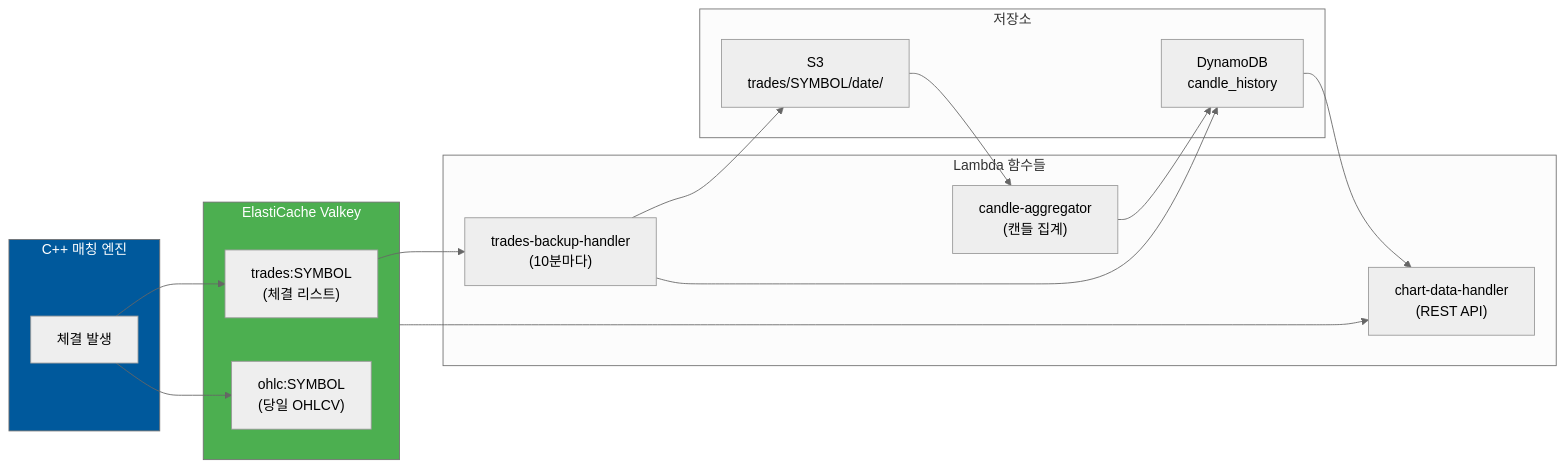
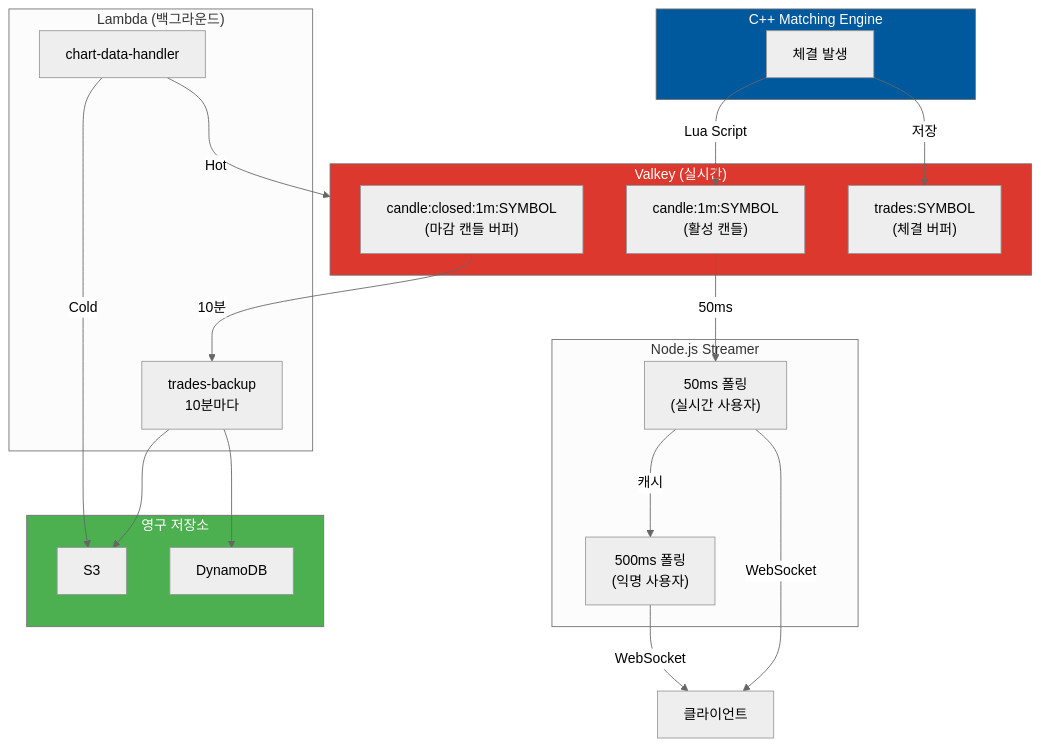
The third of 3 diagrams in AWS_ARCHITECTURE.md (Ustock-Organization/liquibook), drawn with Mermaid (neutral theme) before and after one commit. The commit also changed other lines of this file and 37 other files, not shown here.

Commit message:
feat: Introduce new AWS Lambda functions for order routing, data handling, and backups, add C++ Redis client and market data wrapper, update documentation, and remove old AWS console guide.

````diff
--- a/AWS_ARCHITECTURE.md
+++ b/AWS_ARCHITECTURE.md
@@ -240,35 +121,44 @@
 ```mermaid
-flowchart LR
-    subgraph Engine["C++ 매칭 엔진"]
+flowchart TD
+    subgraph Engine["C++ Matching Engine"]
         Trade[체결 발생]
     end
     
-    subgraph Valkey["ElastiCache Valkey"]
-        Trades["trades:SYMBOL\n(체결 리스트)"]
-        OHLC["ohlc:SYMBOL\n(당일 OHLCV)"]
+    subgraph Valkey["Valkey (실시간)"]
+        ActiveCandle["candle:1m:SYMBOL<br/>(활성 캔들)"]
+        ClosedCandles["candle:closed:1m:SYMBOL<br/>(마감 캔들 버퍼)"]
+        Trades["trades:SYMBOL<br/>(체결 버퍼)"]
     end
     
-    subgraph Lambda["Lambda 함수들"]
-        Backup["trades-backup-handler\n(10분마다)"]
-        Chart["chart-data-handler\n(REST API)"]
-        Aggregator["candle-aggregator\n(캔들 집계)"]
+    subgraph Streamer["Node.js Streamer"]
+        Fast["50ms 폴링<br/>(실시간 사용자)"]
+        Slow["500ms 폴링<br/>(익명 사용자)"]
     end
     
-    subgraph Storage["저장소"]
-        S3["S3\ntrades/SYMBOL/date/"]
-        DDB["DynamoDB\ncandle_history"]
+    subgraph Lambda["Lambda (백그라운드)"]
+        Backup["trades-backup<br/>10분마다"]
+        ChartAPI["chart-data-handler"]
     end
     
-    Trade --> Trades
-    Trade --> OHLC
-    Trades --> Backup
-    Backup --> S3
-    Backup --> DDB
-    S3 --> Aggregator
-    Aggregator --> DDB
-    DDB --> Chart
-    Valkey --> Chart
+    subgraph Storage["영구 저장소"]
+        S3["S3"]
+        DDB["DynamoDB"]
+    end
     
+    Trade -->|Lua Script| ActiveCandle
+    Trade -->|저장| Trades
+    
+    ActiveCandle -->|50ms| Fast
+    Fast -->|캐시| Slow
+    Fast & Slow -->|WebSocket| WS[클라이언트]
+    
+    ClosedCandles -->|10분| Backup
+    Backup --> S3 & DDB
+    
+    ChartAPI -->|Hot| Valkey
+    ChartAPI -->|Cold| S3
+    
+    style Valkey fill:#DC382D,color:white
     style Engine fill:#00599C,color:white
-    style Valkey fill:#4CAF50,color:white
+    style Storage fill:#4CAF50,color:white
 ```
````
